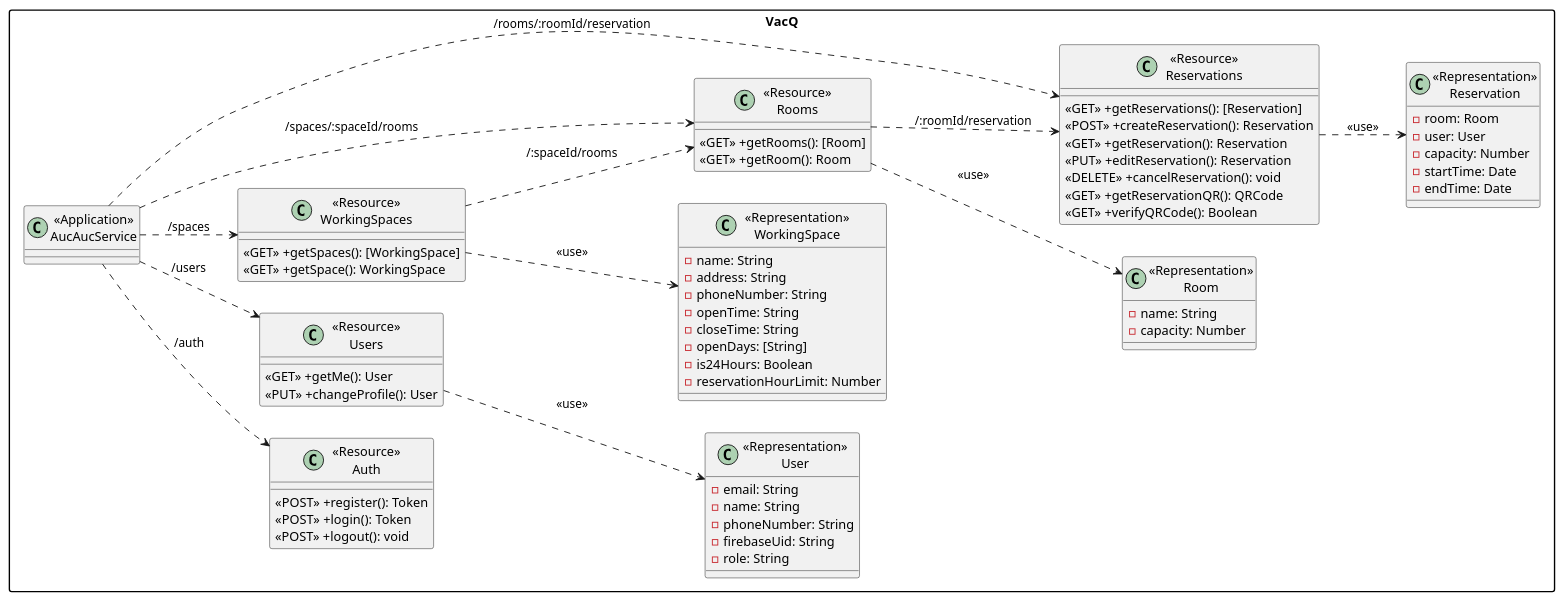
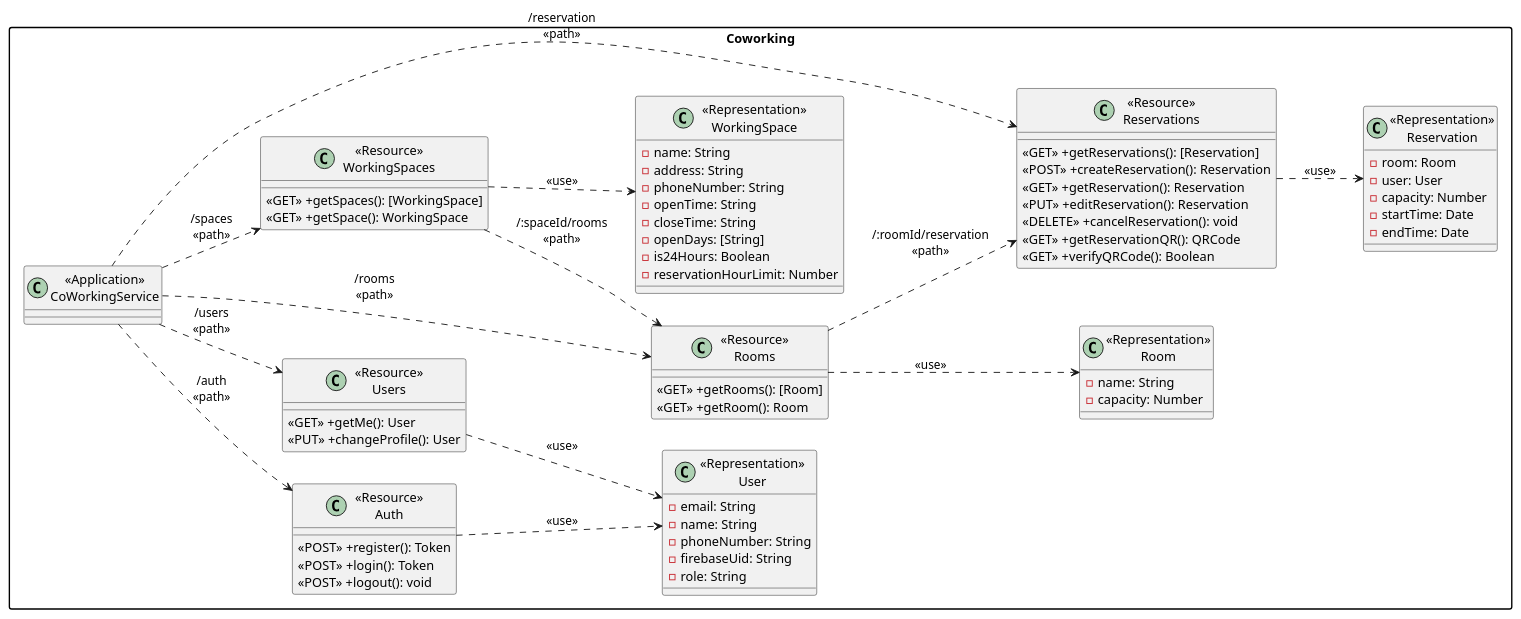
Before and after one commit to blazxex/eyequila-co-working-space-reservation: the diagram in ClassDiagram.puml, drawn with PlantUML.

```diff
--- a/ClassDiagram.puml
+++ b/ClassDiagram.puml
@@ -1,90 +1,90 @@
 @startuml
 left to right direction
 skinparam packageStyle rectangle
 
-package "VacQ" {
+package "Coworking" {
 
-    class "<<Application>>\nAucAucService" as AucAucService {}
+    class "<<Application>>\nCoWorkingService" as CoWorkingService {}
 
     class "<<Resource>>\nAuth" as ResourceAuth {
         <<POST>> +register(): Token
         <<POST>> +login(): Token
         <<POST>> +logout(): void
     }
 
     class "<<Resource>>\nUsers" as ResourceUser {
         <<GET>> +getMe(): User
         <<PUT>> +changeProfile(): User
     }
 
     class "<<Resource>>\nWorkingSpaces" as ResourceSpace {
         <<GET>> +getSpaces(): [WorkingSpace]
         <<GET>> +getSpace(): WorkingSpace
     }
 
     class "<<Resource>>\nRooms" as ResourceRoom {
         <<GET>> +getRooms(): [Room]
         <<GET>> +getRoom(): Room
     }
 
     class "<<Resource>>\nReservations" as ResourceReservation {
         <<GET>> +getReservations(): [Reservation]
         <<POST>> +createReservation(): Reservation
         <<GET>> +getReservation(): Reservation
         <<PUT>> +editReservation(): Reservation
         <<DELETE>> +cancelReservation(): void
         <<GET>> +getReservationQR(): QRCode
         <<GET>> +verifyQRCode(): Boolean
     }
 
     class "<<Representation>>\nUser" as RepresentationUser {
         -email: String
         -name: String
         -phoneNumber: String
         -firebaseUid: String
         -role: String
     }
 
     class "<<Representation>>\nWorkingSpace" as RepresentationSpace {
         -name: String
         -address: String
         -phoneNumber: String
         -openTime: String
         -closeTime: String
         -openDays: [String]
         -is24Hours: Boolean
         -reservationHourLimit: Number
     }
 
     class "<<Representation>>\nRoom" as RepresentationRoom {
         -name: String
         -capacity: Number
     }
 
     class "<<Representation>>\nReservation" as RepresentationReservation {
         -room: Room
         -user: User
         -capacity: Number
         -startTime: Date
         -endTime: Date
     }
 
     ' Application Entry Point
-    AucAucService ..> ResourceAuth : "/auth"
-    AucAucService ..> ResourceUser : "/users"
-    AucAucService ..> ResourceSpace : "/spaces"
-    AucAucService ..> ResourceRoom : "/spaces/:spaceId/rooms"
-    AucAucService ..> ResourceReservation : "/rooms/:roomId/reservation"
+   CoWorkingService ..> ResourceAuth : "/auth\n<<path>>"
+    CoWorkingService ..> ResourceUser : "/users\n<<path>>"
+    CoWorkingService ..> ResourceSpace : "/spaces\n<<path>>"
+    CoWorkingService ..> ResourceRoom : "/rooms\n<<path>>"
+    CoWorkingService ..> ResourceReservation : "/reservation\n<<path>>"
 
     ' Resource -> Representation
     ResourceUser ..> RepresentationUser : "<<use>>"
+    ResourceAuth ..> RepresentationUser : "<<use>>"
     ResourceSpace ..> RepresentationSpace : "<<use>>"
     ResourceRoom ..> RepresentationRoom : "<<use>>"
     ResourceReservation ..> RepresentationReservation : "<<use>>"
 
     ' Sub-resources
-    ResourceSpace ..> ResourceRoom : "/:spaceId/rooms"
-    ResourceRoom ..> ResourceReservation : "/:roomId/reservation"
+    ResourceSpace ..> ResourceRoom : "/:spaceId/rooms\n<<path>>"
+    ResourceRoom ..> ResourceReservation : "/:roomId/reservation\n<<path>>"
 }
-
 @enduml
```
